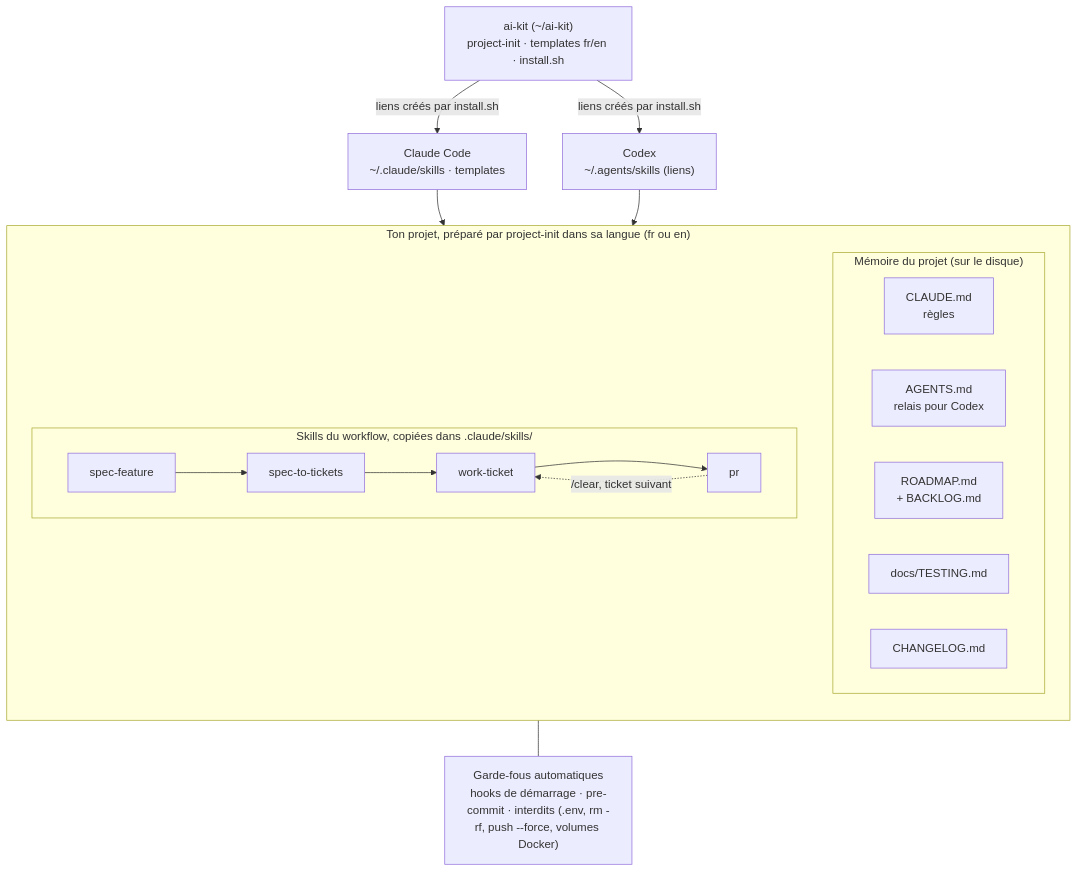
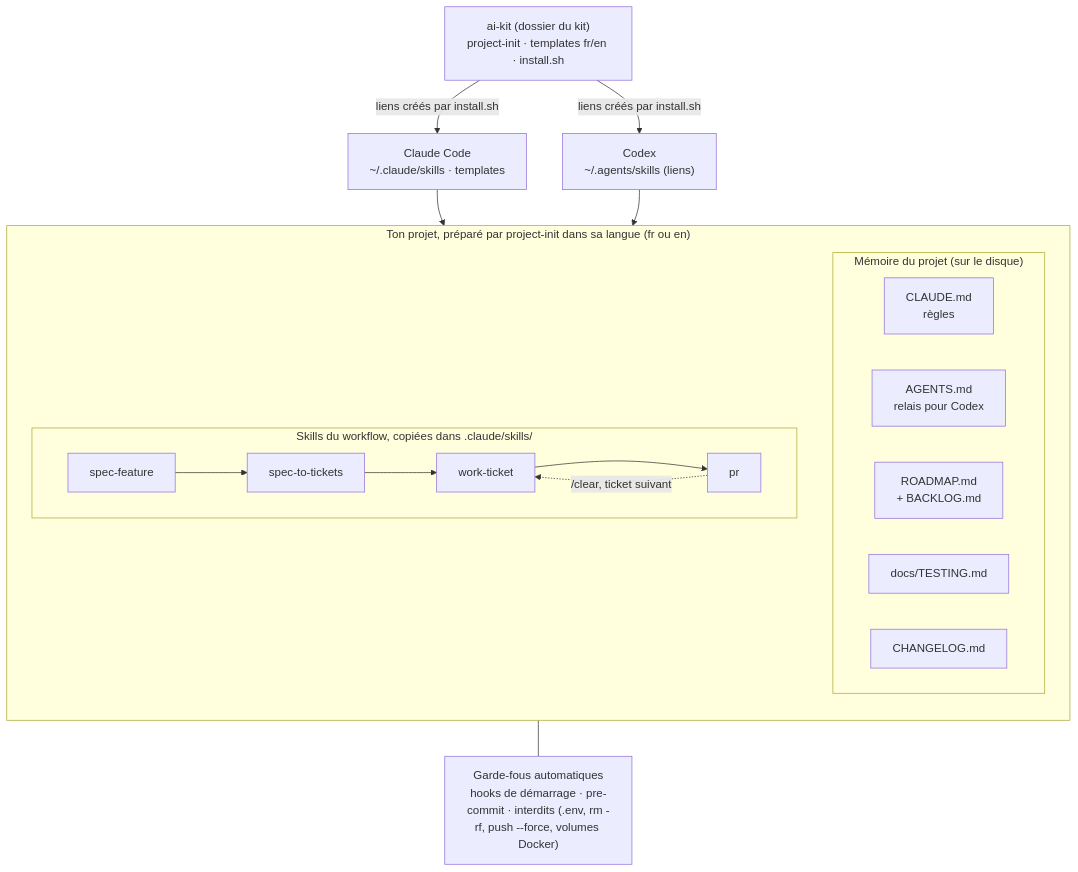
One commit to drisshaou/ai-kit changed the first of 2 diagrams in GUIDE.fr.md. Above: the diagram before and after it, drawn with Mermaid. The commit also changed other lines of this file and 1 other file, not shown here.

First line of the commit message:
docs(guide): refer to the kit folder instead of a fixed ~/ai-kit path

````diff
--- a/GUIDE.fr.md
+++ b/GUIDE.fr.md
@@ -10,30 +10,30 @@
 ```mermaid
 flowchart TD
-    KIT["ai-kit (~/ai-kit)<br/>project-init · templates fr/en · install.sh"]
+    KIT["ai-kit (dossier du kit)<br/>project-init · templates fr/en · install.sh"]
     CLAUDE["Claude Code<br/>~/.claude/skills · templates"]
     CODEX["Codex<br/>~/.agents/skills (liens)"]
     KIT -->|liens créés par install.sh| CLAUDE
     KIT -->|liens créés par install.sh| CODEX
 
     subgraph PROJET["Ton projet, préparé par project-init dans sa langue (fr ou en)"]
         direction TB
         subgraph FICHIERS["Mémoire du projet (sur le disque)"]
             direction LR
             F1["CLAUDE.md<br/>règles"]
             F2["AGENTS.md<br/>relais pour Codex"]
             F3["ROADMAP.md<br/>+ BACKLOG.md"]
             F4["docs/TESTING.md"]
             F5["CHANGELOG.md"]
         end
         subgraph FLUX["Skills du workflow, copiées dans .claude/skills/"]
             direction LR
             S1["spec-feature"] --> S2["spec-to-tickets"] --> S3["work-ticket"] --> S4["pr"]
             S4 -.->|"/clear, ticket suivant"| S3
         end
     end
 
     CLAUDE --> PROJET
     CODEX --> PROJET
     GARDE["Garde-fous automatiques<br/>hooks de démarrage · pre-commit · interdits (.env, rm -rf, push --force, volumes Docker)"]
     PROJET --- GARDE
 ```
````
